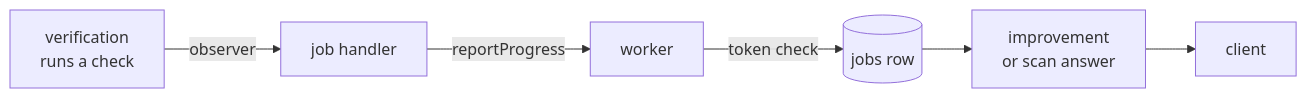
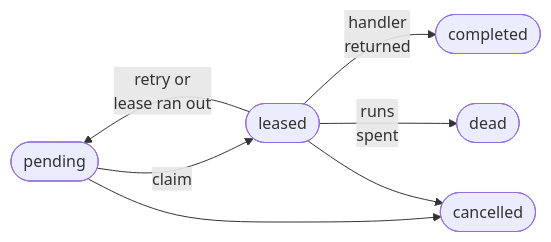
One commit to daitkhev/coverage-autopilot changed the third of 4 diagrams in docs/plan/system-design.md. Above: the diagram before and after it, drawn with Mermaid. The commit also changed other lines of this file, not shown here.

````diff
--- a/docs/plan/system-design.md
+++ b/docs/plan/system-design.md
@@ -890,8 +175,9 @@
 ```mermaid
 flowchart LR
-    V["verification<br/>runs a check"] -->|"observer"| H["job handler"]
-    H -->|"reportProgress"| W["worker"]
-    W -->|"token check"| J[("jobs row")]
-    J --> Q["improvement<br/>or scan answer"]
-    Q --> C["client"]
+    PE(["pending"]) -->|"claim"| LE(["leased"])
+    LE -->|"handler<br/>returned"| CO(["completed"])
+    LE -->|"retry or<br/>lease ran out"| PE
+    LE -->|"runs<br/>spent"| DE(["dead"])
+    PE --> CA(["cancelled"])
+    LE --> CA
 ```
````
